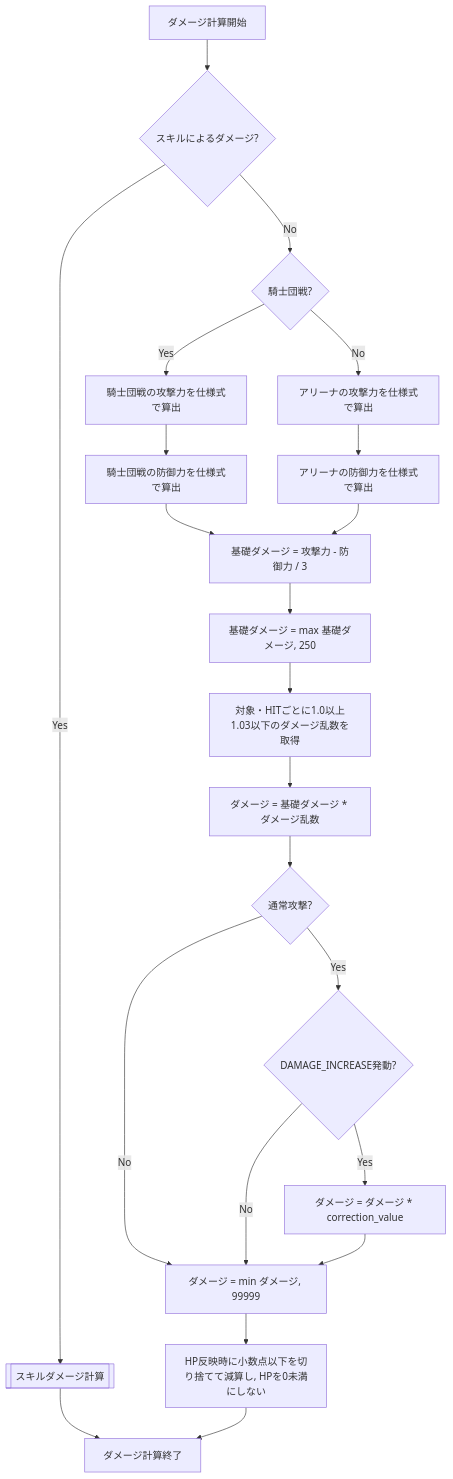
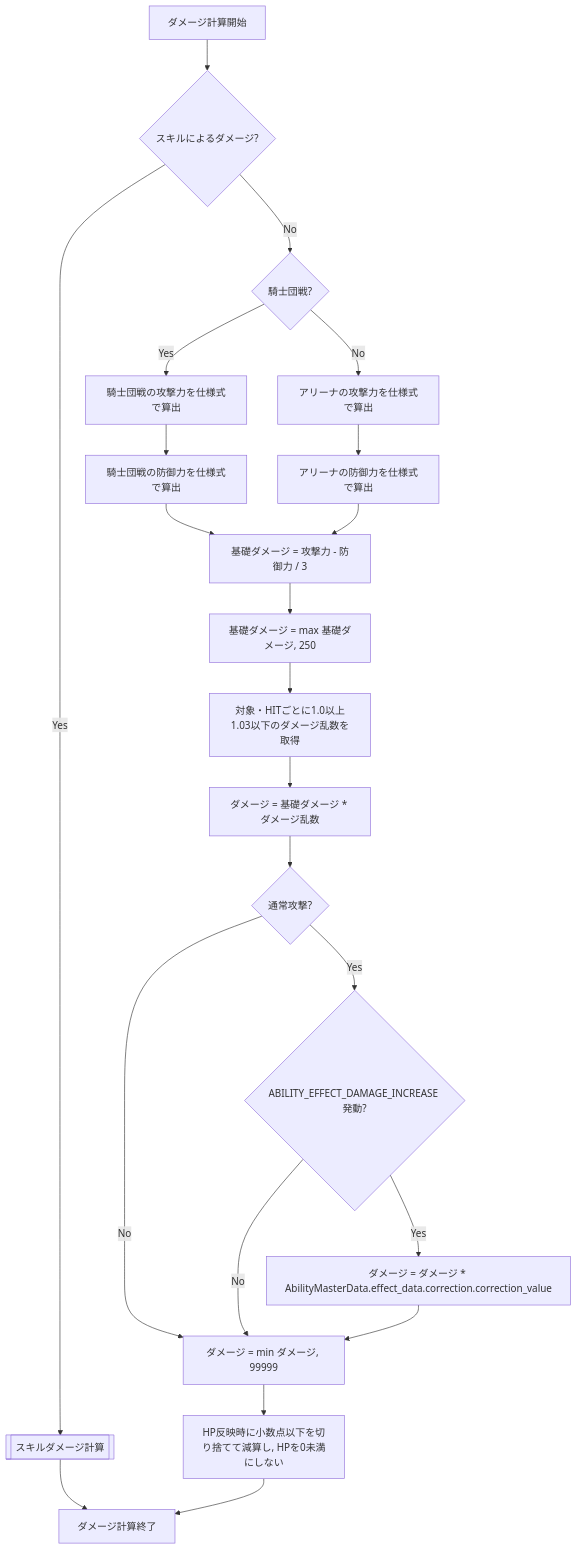
The second of 5 diagrams in design/game/battle.md (ReHydrangeaOdyssey/Specifications), drawn with Mermaid before and after one commit. The commit also changed other lines of this file and 12 other files, not shown here.

Commit message:
図などの名称の統一

````diff
--- a/design/game/battle.md
+++ b/design/game/battle.md
@@ -64,32 +64,32 @@
 ```mermaid
 flowchart TD;
     Start[ダメージ計算開始];
     SkillDamage{スキルによるダメージ?};
     SkillFlow[[スキルダメージ計算]];
     Mode{騎士団戦?};
     GuildAttack[騎士団戦の攻撃力を仕様式で算出];
     GuildDefense[騎士団戦の防御力を仕様式で算出];
     ArenaAttack[アリーナの攻撃力を仕様式で算出];
     ArenaDefense[アリーナの防御力を仕様式で算出];
     BaseDamage[基礎ダメージ = 攻撃力 - 防御力 / 3];
     MinDamage[基礎ダメージ = max 基礎ダメージ, 250];
     Random[対象・HITごとに1.0以上1.03以下のダメージ乱数を取得];
     RandomDamage[ダメージ = 基礎ダメージ * ダメージ乱数];
     CheckNormalAttack{通常攻撃?};
-    CheckDamageIncrease{DAMAGE_INCREASE発動?};
-    DamageIncrease[ダメージ = ダメージ * correction_value];
+    CheckDamageIncrease{ABILITY_EFFECT_DAMAGE_INCREASE 発動?};
+    DamageIncrease[ダメージ = ダメージ * AbilityMasterData.effect_data.correction.correction_value];
     MaxDamage[ダメージ = min ダメージ, 99999];
     Apply[HP反映時に小数点以下を切り捨てて減算し, HPを0未満にしない];
     End[ダメージ計算終了];
     Start --> SkillDamage;
     SkillDamage -- Yes --> SkillFlow --> End;
     SkillDamage -- No --> Mode;
     Mode -- Yes --> GuildAttack --> GuildDefense --> BaseDamage;
     Mode -- No --> ArenaAttack --> ArenaDefense --> BaseDamage;
     BaseDamage --> MinDamage --> Random --> RandomDamage --> CheckNormalAttack;
     CheckNormalAttack -- No --> MaxDamage;
     CheckNormalAttack -- Yes --> CheckDamageIncrease;
     CheckDamageIncrease -- No --> MaxDamage;
     CheckDamageIncrease -- Yes --> DamageIncrease --> MaxDamage;
     MaxDamage --> Apply --> End;
 ```
````
